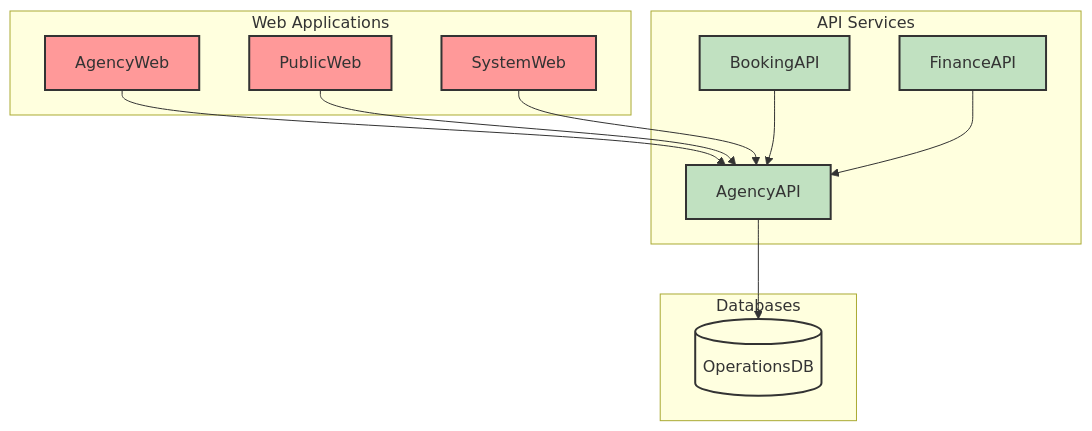
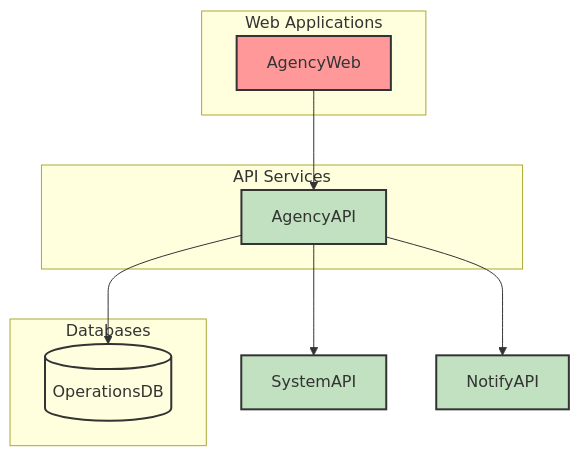
Before and after one commit to AstroBookings/.github: the first of 2 diagrams in profile/1-analysis/5_1-astrobookings-agency-management-domain.md, drawn with Mermaid. The commit also changed other lines of this file and 1 other file, not shown here.

Commit message:
feat: arch for domains 0 1

````diff
--- a/profile/1-analysis/5_1-astrobookings-agency-management-domain.md
+++ b/profile/1-analysis/5_1-astrobookings-agency-management-domain.md
@@ -73,38 +70,32 @@
 ```mermaid
 graph TD
     subgraph Web Applications
         AgencyWeb[AgencyWeb]
-        PublicWeb[PublicWeb]
-        SystemWeb[SystemWeb]
     end
 
     subgraph API Services
         AgencyAPI[AgencyAPI]
-        BookingAPI[BookingAPI]
-        FinanceAPI[FinanceAPI]
     end
 
     subgraph Databases
         OperationsDB[(OperationsDB)]
     end
 
     %% Web to API connections
     AgencyWeb --> AgencyAPI
-    PublicWeb --> AgencyAPI
-    SystemWeb --> AgencyAPI
 
     %% API to API connections
-    BookingAPI --> AgencyAPI
-    FinanceAPI --> AgencyAPI
+    AgencyAPI --> SystemAPI
+    AgencyAPI --> NotifyAPI
 
     %% API to Database connection
     AgencyAPI --> OperationsDB
 
     %% Style
     classDef web fill:#FF9999,stroke:#333,stroke-width:2px;
     classDef api fill:#C1E1C1,stroke:#333,stroke-width:2px;
     classDef db fill:#FFFFE0,stroke:#333,stroke-width:2px;
     class AgencyWeb,PublicWeb,SystemWeb web;
-    class AgencyAPI,BookingAPI,FinanceAPI api;
+    class AgencyAPI,SystemAPI,NotifyAPI api;
     class OperationsDB db;
 ```
````
